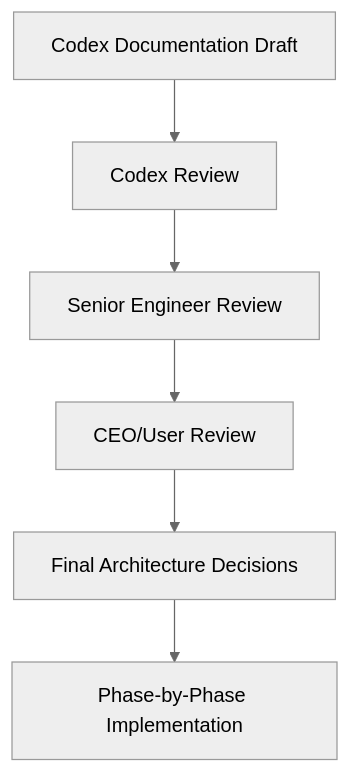
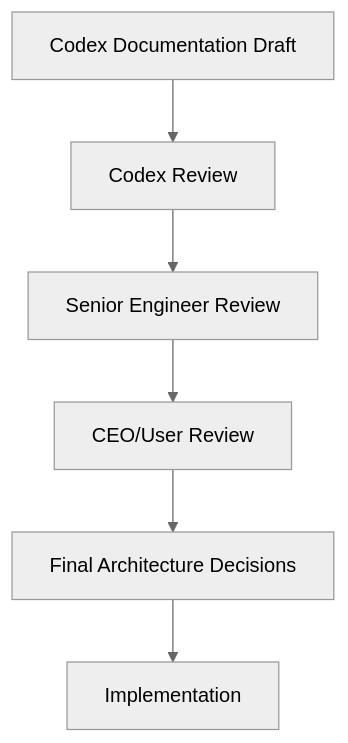
Before and after one commit to Khamid22/msischoolbot_v2: the diagram in docs/README.md, drawn with Mermaid (neutral theme). The commit also changed other lines of this file and 112 other files, not shown here.

Commit message:
Clean architecture and UI stabilization

````diff
--- a/docs/README.md
+++ b/docs/README.md
@@ -60,11 +65,11 @@
 ```mermaid
 flowchart TD
     Codex[Codex Documentation Draft]
     Review1[Codex Review]
     Review2[Senior Engineer Review]
     Review3[CEO/User Review]
     Decisions[Final Architecture Decisions]
-    Implementation[Phase-by-Phase Implementation]
+    Implementation[Implementation]
 
     Codex --> Review1 --> Review2 --> Review3 --> Decisions --> Implementation
 ```
````
